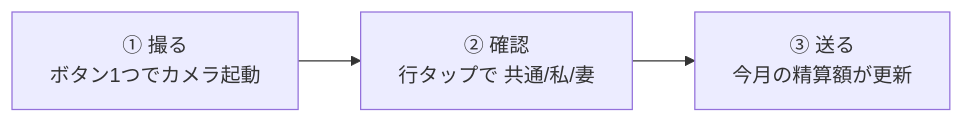
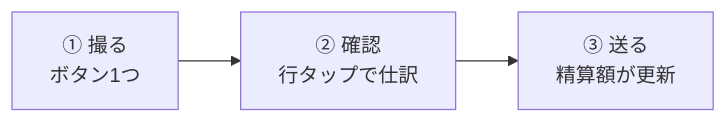
The third of 7 diagrams in docs/spec.md (mitsu545/warikan-app), drawn with Mermaid before and after one commit. The commit also changed other lines of this file and 1 other file, not shown here.

````diff
--- a/docs/spec.md
+++ b/docs/spec.md
@@ -62,5 +125,4 @@
 ```mermaid
 flowchart LR
-  A["① 撮る<br>ボタン1つでカメラ起動"] --> B["② 確認<br>行タップで 共通/私/妻"]
-  B --> C["③ 送る<br>今月の精算額が更新"]
+  A["① 撮る<br>ボタン1つ"] --> B["② 確認<br>行タップで仕訳"] --> C["③ 送る<br>精算額が更新"]
 ```
````
